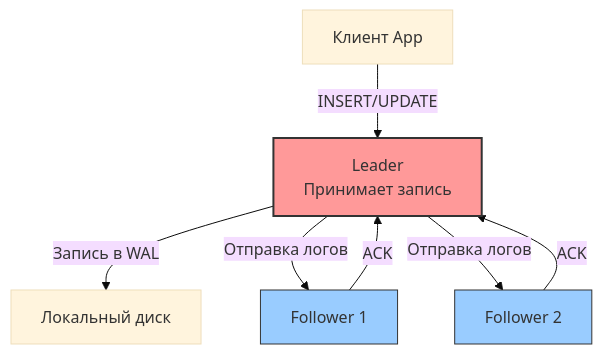
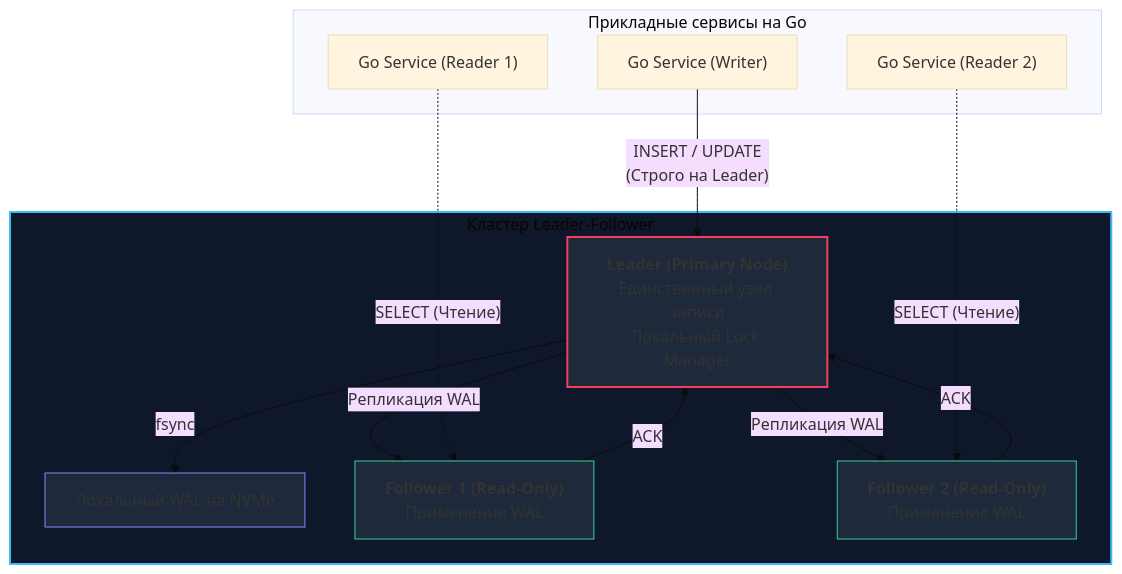
One commit to UnrealTemplier/go-textbook changed the first of 2 diagrams in sources/12. Базы данных/08. Распределенные базы данных/2. Leader Follower.md. Above: the diagram before and after it, drawn with Mermaid (base theme). The commit also changed other lines of this file, not shown here.

````diff
--- a/sources/12. Базы данных/08. Распределенные базы данных/2. Leader Follower.md
+++ b/sources/12. Базы данных/08. Распределенные базы данных/2. Leader Follower.md
@@ -32,13 +28,31 @@
 ```mermaid
 flowchart TD
-    A["Клиент App"] -->|"INSERT/UPDATE"| B["Leader<br>Принимает запись"]
-    B -->|"Запись в WAL"| C["Локальный диск"]
-    B -->|"Отправка логов"| D["Follower 1"]
-    B -->|"Отправка логов"| E["Follower 2"]
-    D -->|"ACK"| B
-    E -->|"ACK"| B
-    
-    style B fill:#ff9999,stroke:#333,stroke-width:2px
-    style D fill:#99ccff,stroke:#333
-    style E fill:#99ccff,stroke:#333
+    subgraph Clients ["Прикладные сервисы на Go"]
+        App1["Go Service (Writer)"]
+        App2["Go Service (Reader 1)"]
+        App3["Go Service (Reader 2)"]
+    end
+
+    subgraph Cluster ["Кластер Leader-Follower"]
+        L["<b>Leader (Primary Node)</b><br>Единственный узел записи<br>Локальный Lock Manager"]
+        WAL["Локальный WAL на NVMe"]
+        F1["<b>Follower 1 (Read-Only)</b><br>Применение WAL"]
+        F2["<b>Follower 2 (Read-Only)</b><br>Применение WAL"]
+    end
+
+    App1 -->|"INSERT / UPDATE<br>(Строго на Leader)"| L
+    L -->|"fsync"| WAL
+    L -->|"Репликация WAL"| F1
+    L -->|"Репликация WAL"| F2
+    F1 -->|"ACK"| L
+    F2 -->|"ACK"| L
+
+    App2 -.->|"SELECT (Чтение)"| F1
+    App3 -.->|"SELECT (Чтение)"| F2
+
+    style Cluster fill:#0f172a,stroke:#38bdf8,stroke-width:2px
+    style L fill:#1e293b,stroke:#f43f5e,stroke-width:2px
+    style F1 fill:#1e293b,stroke:#34d399,stroke-width:1px
+    style F2 fill:#1e293b,stroke:#34d399,stroke-width:1px
+    style WAL fill:#1e293b,stroke:#818cf8,stroke-width:1px
 ```
````
